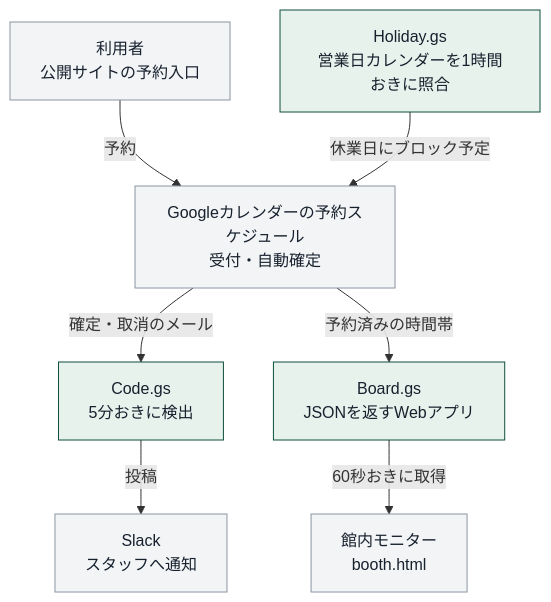
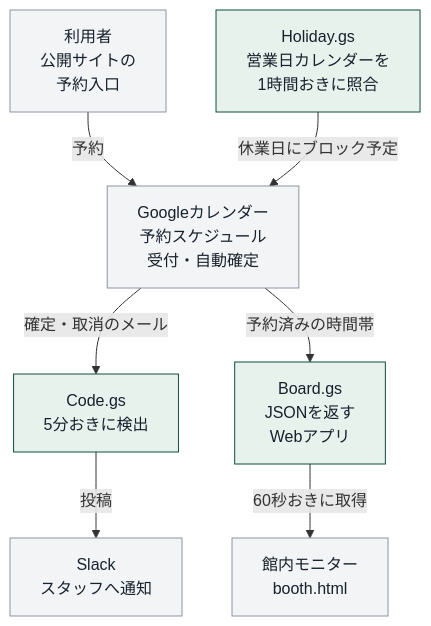
One commit to syoko-ra/booth-notify changed the diagram in README.md. Above: the diagram before and after it, drawn with Mermaid.

Commit message:
README: 仕組みの図の改行を整える

````diff
--- a/README.md
+++ b/README.md
@@ -28,14 +28,14 @@
 ```mermaid
 flowchart TB
-    U["利用者<br>公開サイトの予約入口"] -- "予約" --> CAL["Googleカレンダーの予約スケジュール<br>受付・自動確定"]
-    HOL["Holiday.gs<br>営業日カレンダーを1時間おきに照合"] -- "休業日にブロック予定" --> CAL
+    U["利用者<br>公開サイトの<br>予約入口"] -- "予約" --> CAL["Googleカレンダー<br>予約スケジュール<br>受付・自動確定"]
+    HOL["Holiday.gs<br>営業日カレンダーを<br>1時間おきに照合"] -- "休業日にブロック予定" --> CAL
     CAL -- "確定・取消のメール" --> CODE["Code.gs<br>5分おきに検出"]
-    CAL -- "予約済みの時間帯" --> BOARD["Board.gs<br>JSONを返すWebアプリ"]
+    CAL -- "予約済みの時間帯" --> BOARD["Board.gs<br>JSONを返す<br>Webアプリ"]
     CODE -- "投稿" --> SLACK["Slack<br>スタッフへ通知"]
     BOARD -- "60秒おきに取得" --> MON["館内モニター<br>booth.html"]
 
     classDef svc fill:#f2f4f6,stroke:#8a95a1,color:#17212d
     classDef code fill:#e8f2ed,stroke:#0f4f3c,color:#17212d
     class U,CAL,SLACK,MON svc
     class CODE,BOARD,HOL code
 ```
````
